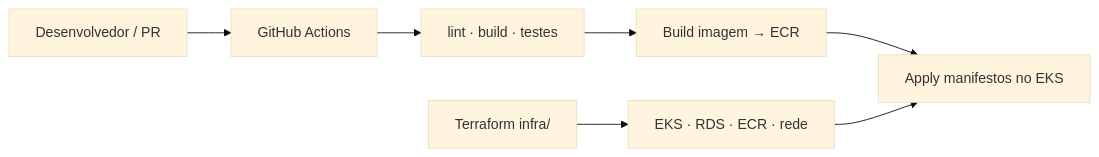
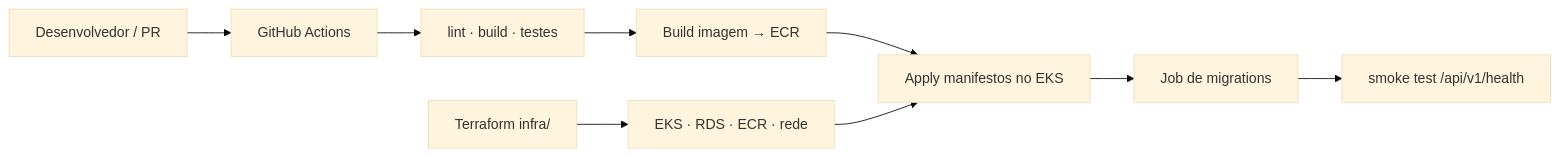
One commit to 32SOAT/oficina-mecanica-api changed the second of 2 diagrams in docs/deployment/README.md. Above: the diagram before and after it, drawn with Mermaid (base theme). The commit also changed other lines of this file and 21 other files, not shown here.

````diff
--- a/docs/deployment/README.md
+++ b/docs/deployment/README.md
@@ -78,9 +78,11 @@
 ```mermaid
 flowchart LR
   Dev[Desenvolvedor / PR] --> GHA[GitHub Actions]
   GHA --> Test[lint · build · testes]
   Test --> Img[Build imagem → ECR]
   Img --> K8s[Apply manifestos no EKS]
+  K8s --> Mig[Job de migrations]
+  Mig --> Smoke[smoke test /api/v1/health]
   TF[Terraform infra/] --> AWS[EKS · RDS · ECR · rede]
   AWS --> K8s
 ```
````
